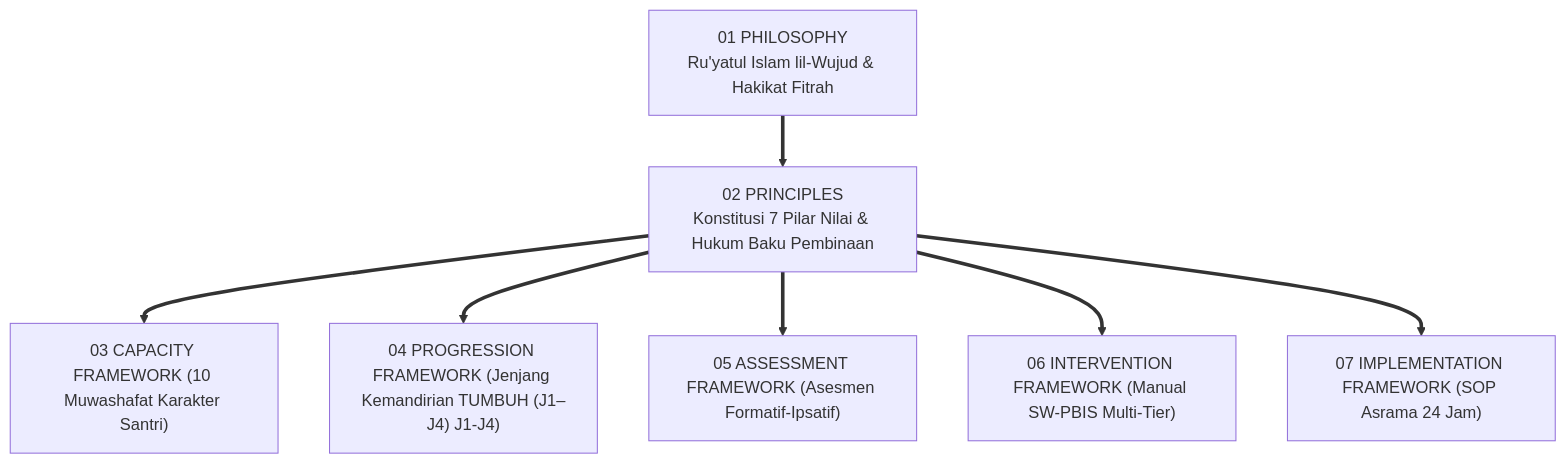
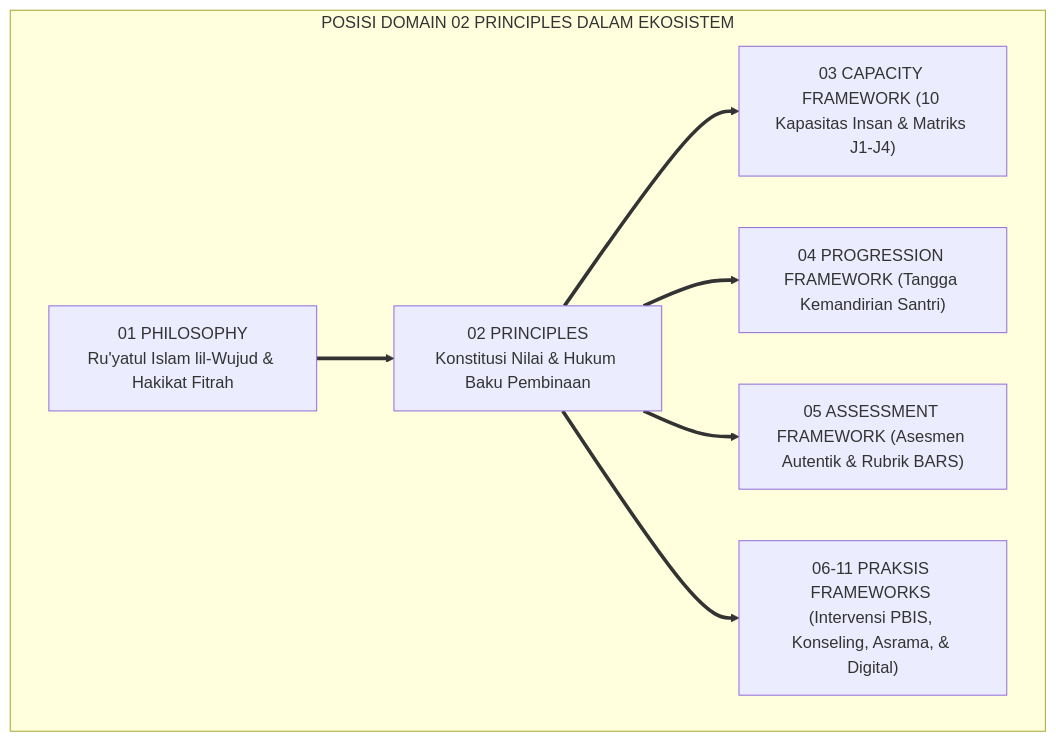
Before and after one commit to wandiapriliyandi/tumbuh: the first of 3 diagrams in 02 Principles/01 Core Principles/P2-01-Prinsip-Utama-TUMBUH.md, drawn with Mermaid. The commit also changed other lines of this file and 7 other files, not shown here.

````diff
--- a/02 Principles/01 Core Principles/P2-01-Prinsip-Utama-TUMBUH.md
+++ b/02 Principles/01 Core Principles/P2-01-Prinsip-Utama-TUMBUH.md
@@ -53,11 +55,12 @@
 ```mermaid
-graph TD
-    WV["01 PHILOSOPHY<br/>Ru'yatul Islam lil-Wujud & Hakikat Fitrah"] 
-    ==> CP["02 PRINCIPLES<br/>Konstitusi 7 Pilar Nilai & Hukum Baku Pembinaan"]
-    
-    CP ==> CF["03 CAPACITY FRAMEWORK (10 Muwashafat Karakter Santri)"]
-    CP ==> PF["04 PROGRESSION FRAMEWORK (Jenjang Kemandirian TUMBUH (J1–J4) J1-J4)"]
-    CP ==> AF["05 ASSESSMENT FRAMEWORK (Asesmen Formatif-Ipsatif)"]
-    CP ==> IF["06 INTERVENTION FRAMEWORK (Manual SW-PBIS Multi-Tier)"]
-    CP ==> IMP["07 IMPLEMENTATION FRAMEWORK (SOP Asrama 24 Jam)"]
+flowchart TD
+    subgraph PosisiPrinciplesTUMBUH["POSISI DOMAIN 02 PRINCIPLES DALAM EKOSISTEM"]
+        D1["01 PHILOSOPHY<br/>Ru'yatul Islam lil-Wujud & Hakikat Fitrah"] 
+        ==> D2["02 PRINCIPLES<br/>Konstitusi Nilai & Hukum Baku Pembinaan"]
+        
+        D2 ==> D3["03 CAPACITY FRAMEWORK (10 Kapasitas Insan & Matriks J1-J4)"]
+        D2 ==> D4["04 PROGRESSION FRAMEWORK (Tangga Kemandirian Santri)"]
+        D2 ==> D5["05 ASSESSMENT FRAMEWORK (Asesmen Autentik & Rubrik BARS)"]
+        D2 ==> D6["06-11 PRAKSIS FRAMEWORKS (Intervensi PBIS, Konseling, Asrama, & Digital)"]
+    end
 ```
````
